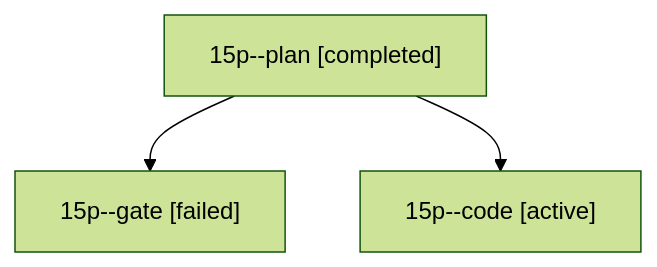
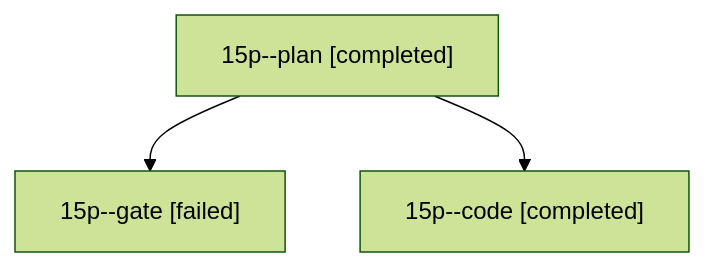
The diagram in sessions/bbugyi200.athena.15p.md (sase-org/sase--agents), drawn with Mermaid (forest theme) before and after one commit. The commit also changed other lines of this file and 20 other files, not shown here.

````diff
--- a/sessions/bbugyi200.athena.15p.md
+++ b/sessions/bbugyi200.athena.15p.md
@@ -9,8 +9,8 @@
 ```mermaid
 flowchart TD
   n0["15p--plan [completed]"]
   n1["15p--gate [failed]"]
   n0 --> n1
-  n2["15p--code [active]"]
+  n2["15p--code [completed]"]
   n0 --> n2
 ```
````
